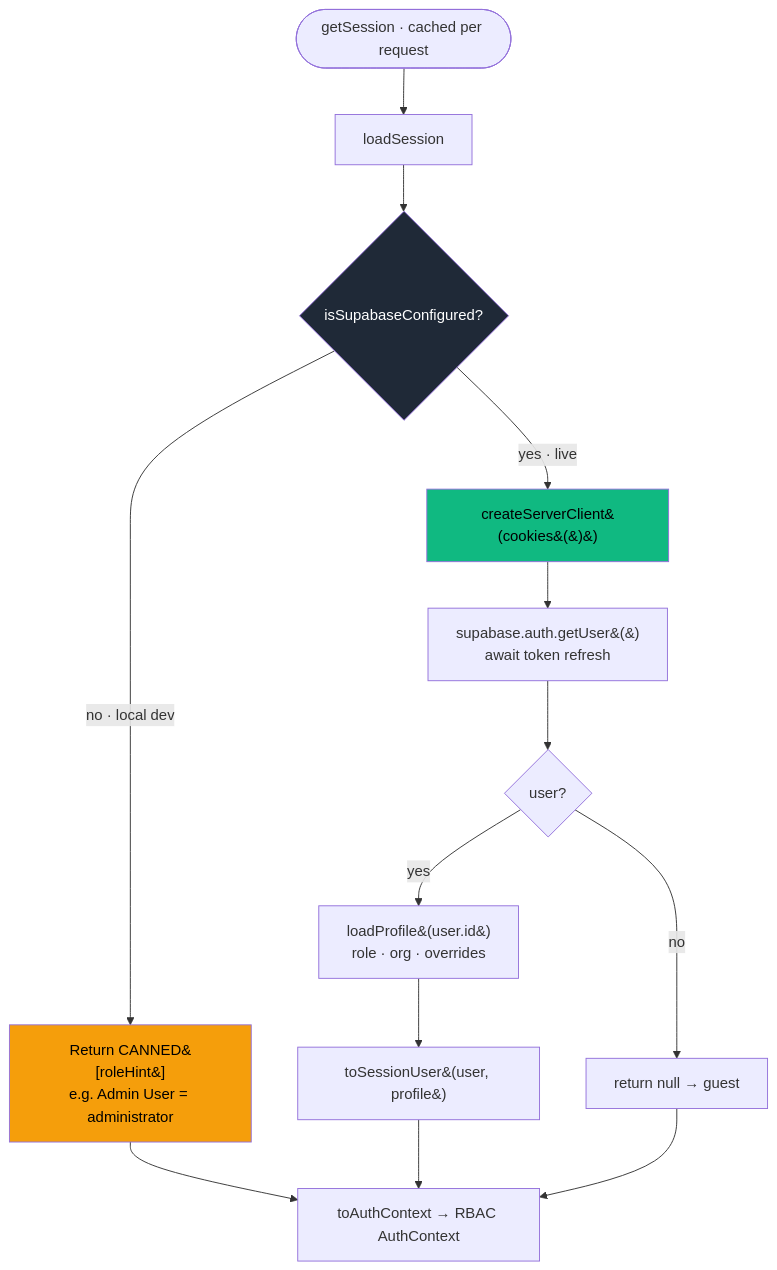
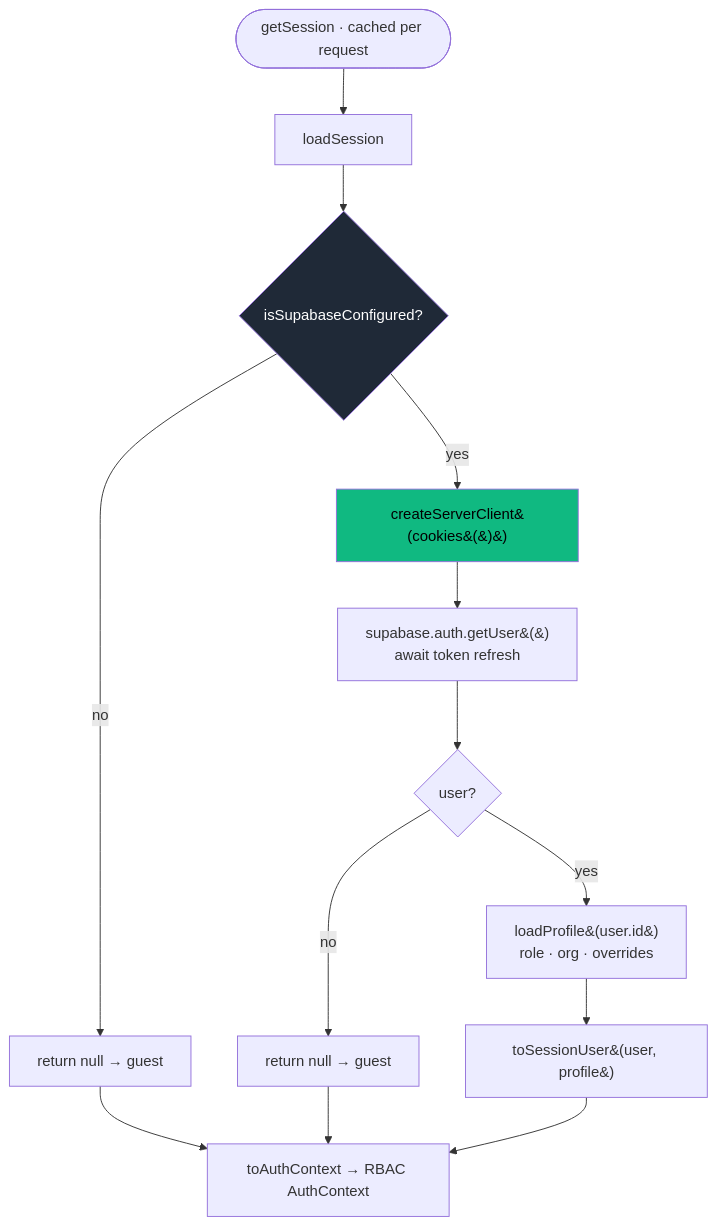
Before and after one commit to jayjay77uk/Juice-doctor: the second of 4 diagrams in docs/architecture/01-authentication.md, drawn with Mermaid. The commit also changed other lines of this file and 115 other files, not shown here.

````diff
--- a/docs/architecture/01-authentication.md
+++ b/docs/architecture/01-authentication.md
@@ -151,22 +151,21 @@
 ```mermaid
 flowchart TD
     Start([getSession · cached per request]) --> Load[loadSession]
     Load --> Mode{isSupabaseConfigured?}
 
-    Mode -->|no · local dev| Canned["Return CANNED&#91;roleHint&#93;<br/>e.g. Admin User = administrator"]
-    Mode -->|yes · live| Cookie["createServerClient&#40;cookies&#40;&#41;&#41;"]
+    Mode -->|no| Null0[return null → guest]
+    Mode -->|yes| Cookie["createServerClient&#40;cookies&#40;&#41;&#41;"]
 
     Cookie --> User["supabase.auth.getUser&#40;&#41;<br/>await token refresh"]
     User --> HasUser{user?}
     HasUser -->|no| Null[return null → guest]
     HasUser -->|yes| Profile["loadProfile&#40;user.id&#41;<br/>role · org · overrides"]
     Profile --> Build["toSessionUser&#40;user, profile&#41;"]
 
-    Canned --> Ctx[toAuthContext → RBAC AuthContext]
-    Build --> Ctx
+    Build --> Ctx[toAuthContext → RBAC AuthContext]
+    Null0 --> Ctx
     Null --> Ctx
 
     style Mode fill:#1f2937,color:#fff
-    style Canned fill:#f59e0b,color:#000
     style Cookie fill:#10b981,color:#000
 ```
````
